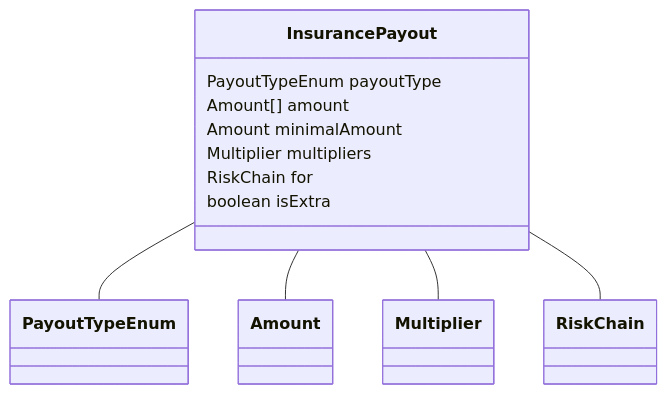
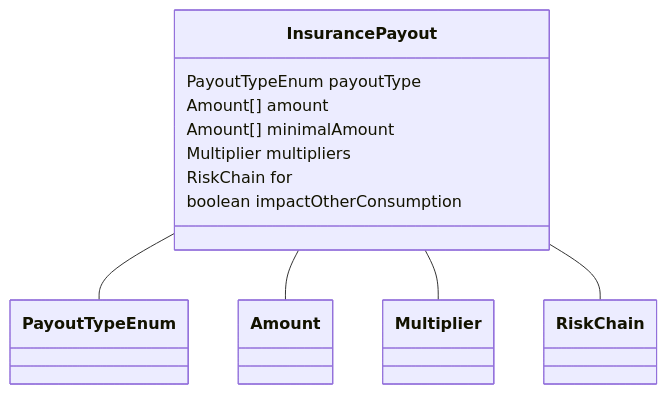
One commit to codexstanford/Insurance-Payout-Ontology changed the diagram in datamodel-build/mermaid/InsurancePayout.mmd. Above: the diagram before and after it, drawn with Mermaid. The commit also changed 92 other files, not shown here.

```diff
--- a/datamodel-build/mermaid/InsurancePayout.mmd
+++ b/datamodel-build/mermaid/InsurancePayout.mmd
@@ -1,17 +1,17 @@
 classDiagram
   InsurancePayout -- PayoutTypeEnum
 InsurancePayout -- Amount
 InsurancePayout -- Multiplier
 InsurancePayout -- RiskChain
 
 
 class InsurancePayout {
 
   PayoutTypeEnum payoutType
   Amount[] amount
-  Amount minimalAmount
+  Amount[] minimalAmount
   Multiplier multipliers
   RiskChain for
-  boolean isExtra
+  boolean impactOtherConsumption
 
 }
```
